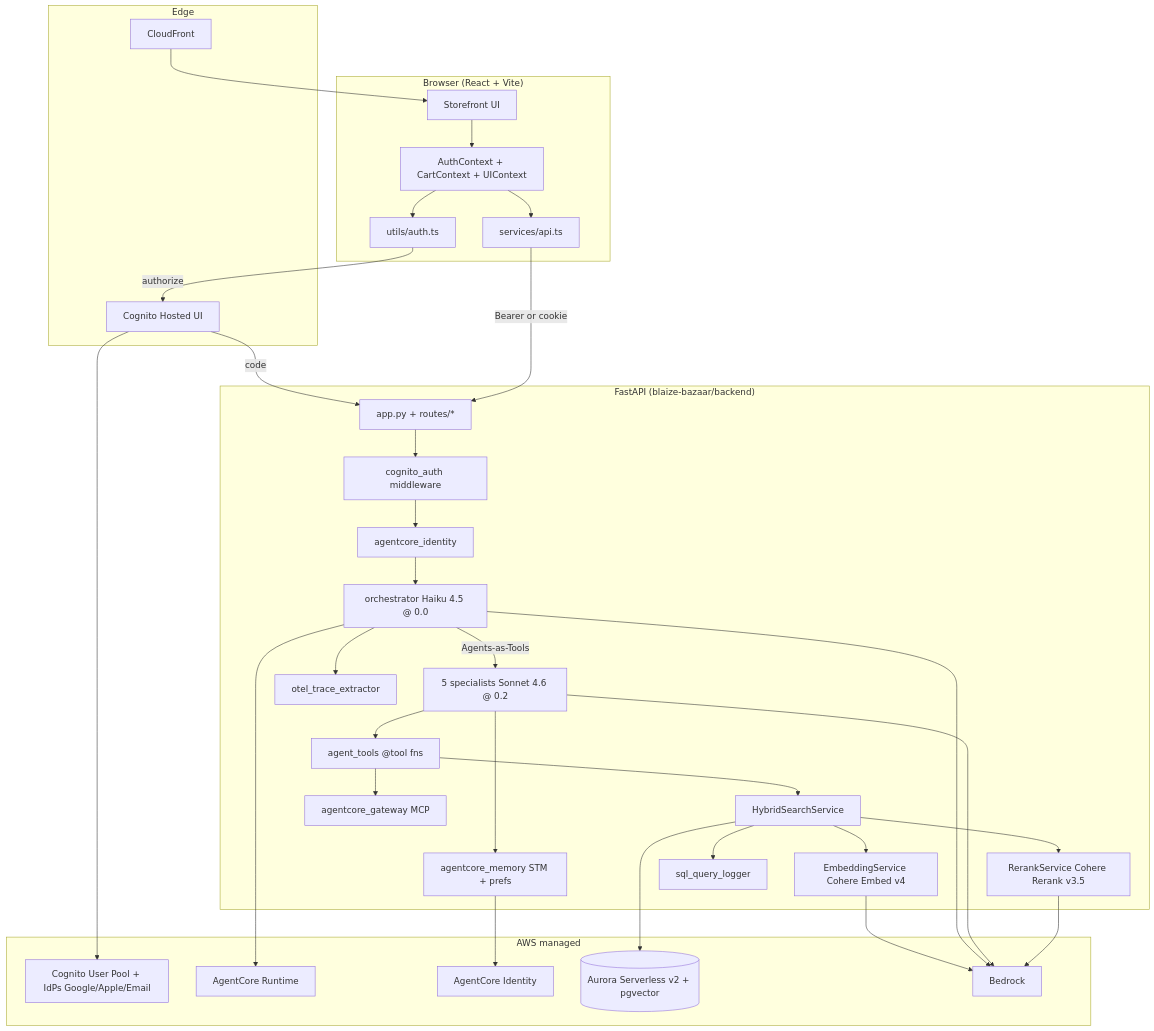
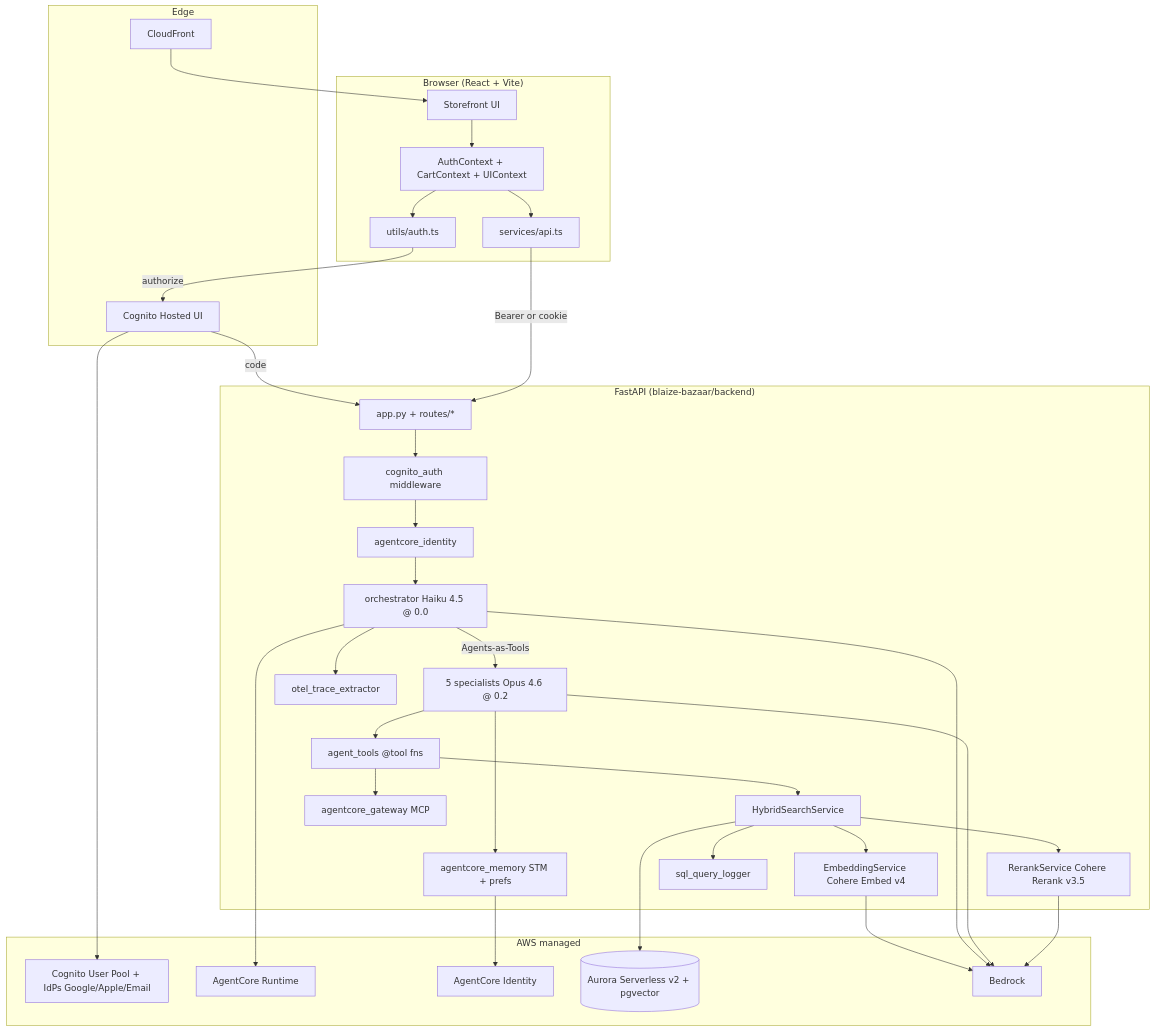
One commit to aws-samples/sample-blaize-bazaar-agentic-search-apg changed the first of 5 diagrams in .kiro/specs/blaize-bazaar-storefront/design.md. Above: the diagram before and after it, drawn with Mermaid. The commit also changed other lines of this file and 34 other files, not shown here.

First line of the commit message:
chore: rename Claude Sonnet 4.6 → Opus 4.6 across specs, docs, config

````diff
--- a/.kiro/specs/blaize-bazaar-storefront/design.md
+++ b/.kiro/specs/blaize-bazaar-storefront/design.md
@@ -32,66 +32,66 @@
 ```mermaid
 graph TB
   subgraph Browser["Browser (React + Vite)"]
     UI[Storefront UI]
     Ctx[AuthContext + CartContext + UIContext]
     API[services/api.ts]
     Auth[utils/auth.ts]
   end
 
   subgraph Edge["Edge"]
     CFN[CloudFront]
     CUI[Cognito Hosted UI]
   end
 
   subgraph Backend["FastAPI (blaize-bazaar/backend)"]
     APP[app.py + routes/*]
     MW[cognito_auth middleware]
     ACID[agentcore_identity]
     ORCH[orchestrator Haiku 4.5 @ 0.0]
-    SPEC[5 specialists Sonnet 4.6 @ 0.2]
+    SPEC[5 specialists Opus 4.6 @ 0.2]
     TOOLS[agent_tools @tool fns]
     HS[HybridSearchService]
     EMB[EmbeddingService Cohere Embed v4]
     RR[RerankService Cohere Rerank v3.5]
     MEM[agentcore_memory STM + prefs]
     GW[agentcore_gateway MCP]
     OTEL[otel_trace_extractor]
     SQL[sql_query_logger]
   end
 
   subgraph AWS["AWS managed"]
     COG[Cognito User Pool + IdPs Google/Apple/Email]
     RT[AgentCore Runtime]
     IDS[AgentCore Identity]
     AURORA[(Aurora Serverless v2 + pgvector)]
     BR[Bedrock]
   end
 
   UI --> Ctx
   Ctx --> API
   Ctx --> Auth
   Auth -->|authorize| CUI
   CUI --> COG
   CUI -->|code| APP
   CFN --> UI
 
   API -->|Bearer or cookie| APP
   APP --> MW --> ACID
   ACID --> ORCH
   ORCH -->|Agents-as-Tools| SPEC
   SPEC --> TOOLS
   TOOLS --> HS
   HS --> EMB
   HS --> RR
   HS --> AURORA
   SPEC --> MEM
   ORCH --> RT
   TOOLS --> GW
   ORCH --> OTEL
   HS --> SQL
   MEM --> IDS
   EMB --> BR
   ORCH --> BR
   SPEC --> BR
   RR --> BR
 ```
````
